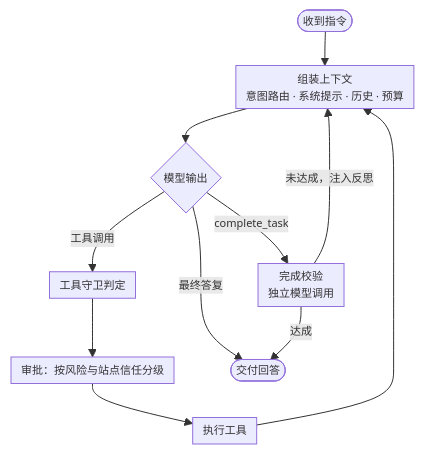
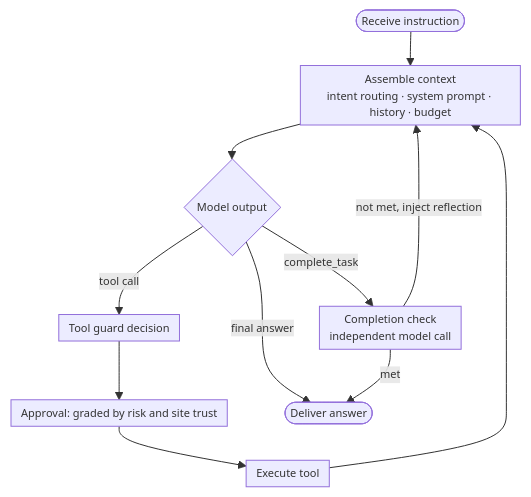
One commit to marioyyds/RecallFlow changed the diagram in README.md. Above: the diagram before and after it, drawn with Mermaid. The commit also changed other lines of this file and 6 other files, not shown here.

````diff
--- a/README.md
+++ b/README.md
@@ -51,14 +53,14 @@
 ```mermaid
 %%{init: {"flowchart":{"curve":"basis","nodeSpacing":22,"rankSpacing":34,"padding":5},"themeVariables":{"fontSize":"11px"}}}%%
 flowchart TD
-    A(["收到指令"]) --> B["组装上下文<br/>意图路由 · 系统提示 · 历史 · 预算"]
-    B --> C{"模型输出"}
-    C -->|工具调用| D["工具守卫判定"]
-    D --> E["审批：按风险与站点信任分级"]
-    E --> F["执行工具"]
+    A(["Receive instruction"]) --> B["Assemble context<br/>intent routing · system prompt · history · budget"]
+    B --> C{"Model output"}
+    C -->|tool call| D["Tool guard decision"]
+    D --> E["Approval: graded by risk and site trust"]
+    E --> F["Execute tool"]
     F --> B
-    C -->|最终答复| G(["交付回答"])
-    C -->|complete_task| H["完成校验<br/>独立模型调用"]
-    H -->|未达成，注入反思| B
-    H -->|达成| G
+    C -->|final answer| G(["Deliver answer"])
+    C -->|complete_task| H["Completion check<br/>independent model call"]
+    H -->|not met, inject reflection| B
+    H -->|met| G
 ```
````
